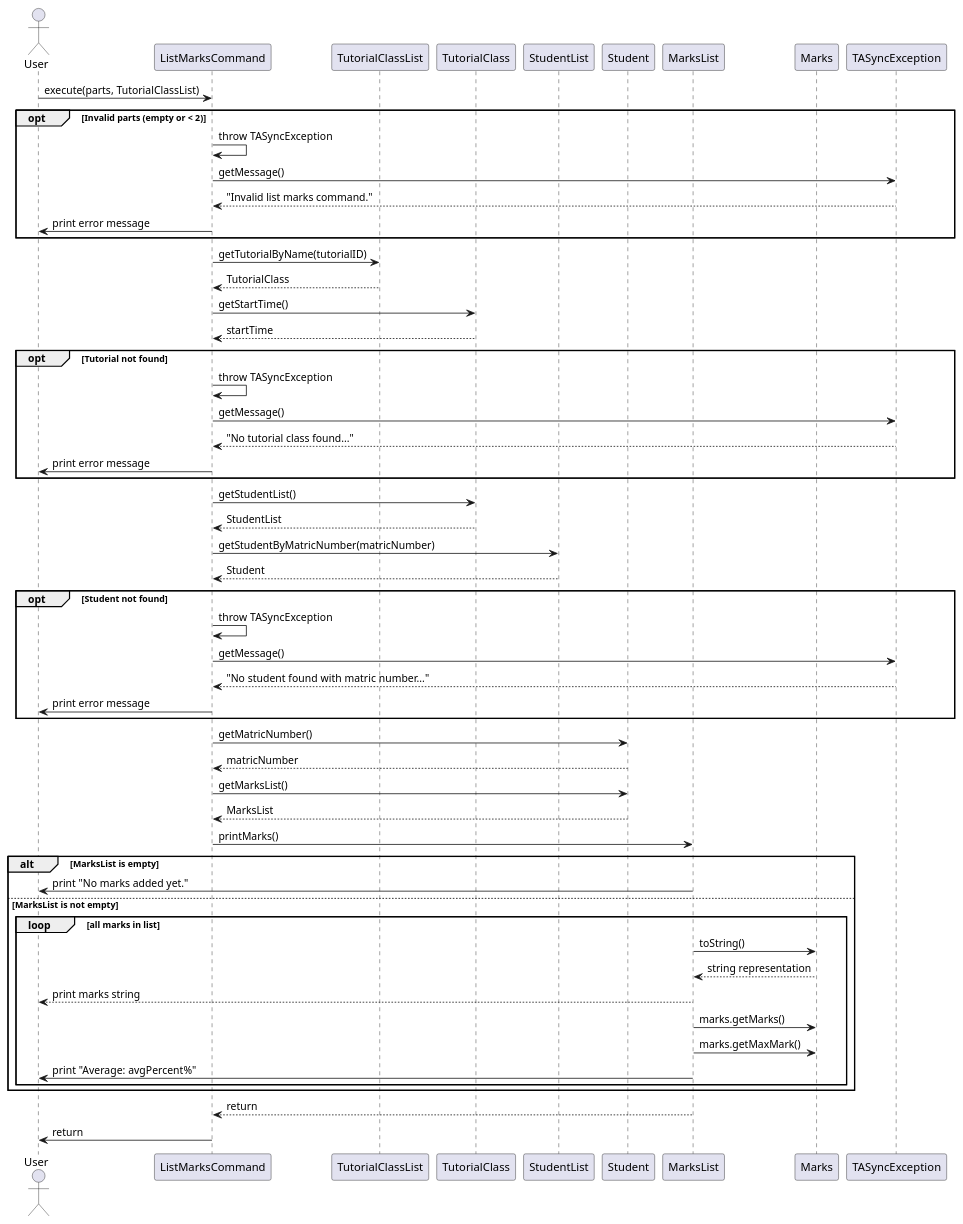
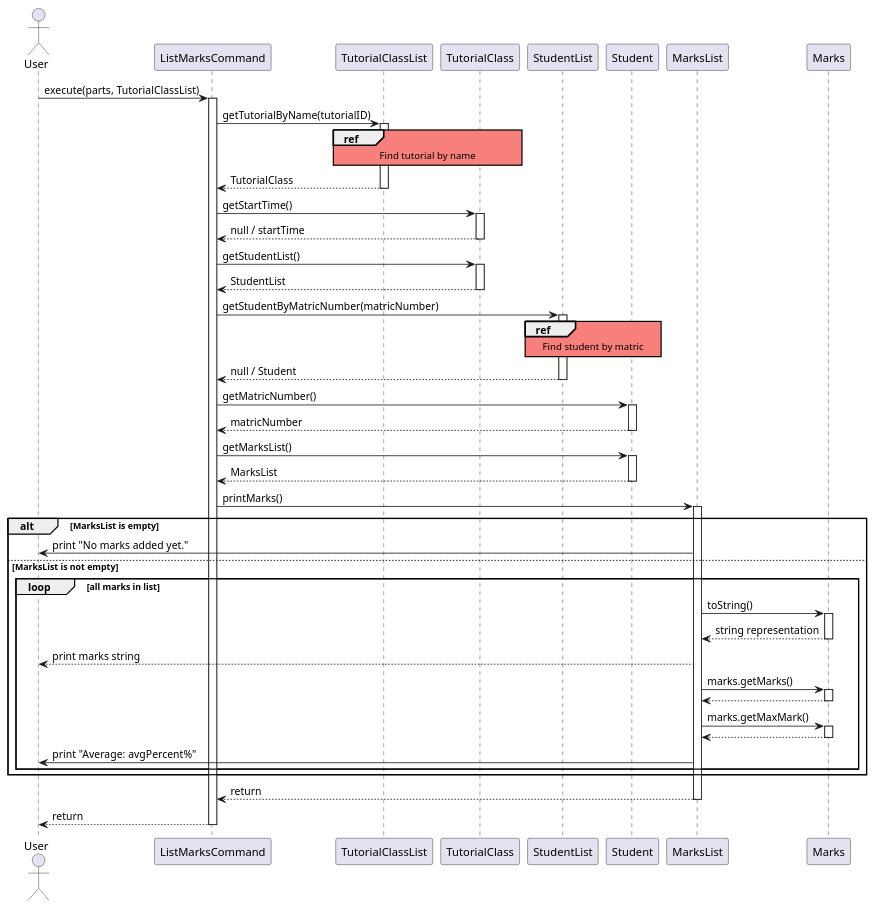
Before and after one commit to wongyihao02/tp: the diagram in docs/diagrams/markslistcommands/ListMarksCommand.puml, drawn with PlantUML. The commit also changed 12 other files, not shown here.

Commit message:
Fix sequence diagram bugs for marks commands.

```diff
--- a/docs/diagrams/markslistcommands/ListMarksCommand.puml
+++ b/docs/diagrams/markslistcommands/ListMarksCommand.puml
@@ -1,70 +1,77 @@
 @startuml
 actor User
 participant "ListMarksCommand" as ListMarksCommand
 participant "TutorialClassList" as TutorialClassList
 participant "TutorialClass" as TutorialClass
 participant "StudentList" as StudentList
 participant "Student" as Student
 participant "MarksList" as MarksList
 participant "Marks" as Marks
-participant "TASyncException" as TASyncException
+
+skinparam sequenceReferenceBackgroundColor #f7807c
 
 User -> ListMarksCommand : execute(parts, TutorialClassList)
+activate ListMarksCommand
 
-opt Invalid parts (empty or < 2)
-    ListMarksCommand -> ListMarksCommand : throw TASyncException
-    ListMarksCommand -> TASyncException : getMessage()
-    TASyncException --> ListMarksCommand : "Invalid list marks command."
-    ListMarksCommand -> User : print error message
+ListMarksCommand -> TutorialClassList : getTutorialByName(tutorialID)
+activate TutorialClassList
+ref over TutorialClassList, TutorialClass : Find tutorial by name
+TutorialClassList --> ListMarksCommand : TutorialClass
+deactivate TutorialClassList
+
+ListMarksCommand -> TutorialClass : getStartTime()
+activate TutorialClass
+TutorialClass --> ListMarksCommand : null / startTime
+deactivate TutorialClass
+
+ListMarksCommand -> TutorialClass : getStudentList()
+activate TutorialClass
+TutorialClass --> ListMarksCommand : StudentList
+deactivate TutorialClass
+
+ListMarksCommand -> StudentList : getStudentByMatricNumber(matricNumber)
+activate StudentList
+ref over StudentList, Student : Find student by matric
+StudentList --> ListMarksCommand : null / Student
+deactivate StudentList
+
+ListMarksCommand -> Student : getMatricNumber()
+activate Student
+Student --> ListMarksCommand : matricNumber
+deactivate Student
+
+ListMarksCommand -> Student : getMarksList()
+activate Student
+Student --> ListMarksCommand : MarksList
+deactivate Student
+
+ListMarksCommand -> MarksList : printMarks()
+activate MarksList
+
+alt MarksList is empty
+    MarksList -> User : print "No marks added yet."
+else MarksList is not empty
+    loop all marks in list
+        MarksList -> Marks : toString()
+        activate Marks
+        Marks --> MarksList : string representation
+        deactivate Marks
+        MarksList --> User : print marks string
+        MarksList -> Marks : marks.getMarks()
+        activate Marks
+        Marks --> MarksList
+        deactivate Marks
+        MarksList -> Marks : marks.getMaxMark()
+        activate Marks
+        Marks --> MarksList
+        deactivate Marks
+        MarksList -> User : print "Average: avgPercent%"
+    end
 end
 
-ListMarksCommand -> TutorialClassList : getTutorialByName(tutorialID)
-TutorialClassList --> ListMarksCommand : TutorialClass
+MarksList --> ListMarksCommand : return
+deactivate MarksList
 
-ListMarksCommand -> TutorialClass : getStartTime()
-TutorialClass --> ListMarksCommand : startTime
-
-opt Tutorial not found
-    ListMarksCommand -> ListMarksCommand : throw TASyncException
-    ListMarksCommand -> TASyncException : getMessage()
-    TASyncException --> ListMarksCommand : "No tutorial class found..."
-    ListMarksCommand -> User : print error message
-end
-
-ListMarksCommand -> TutorialClass : getStudentList()
-TutorialClass --> ListMarksCommand : StudentList
-
-ListMarksCommand -> StudentList : getStudentByMatricNumber(matricNumber)
-StudentList --> ListMarksCommand : Student
-
-opt Student not found
-    ListMarksCommand -> ListMarksCommand : throw TASyncException
-    ListMarksCommand -> TASyncException : getMessage()
-    TASyncException --> ListMarksCommand : "No student found with matric number..."
-    ListMarksCommand -> User : print error message
-end
-
-ListMarksCommand -> Student : getMatricNumber()
-Student --> ListMarksCommand : matricNumber
-
-ListMarksCommand -> Student : getMarksList()
-Student --> ListMarksCommand : MarksList
-
-ListMarksCommand -> MarksList : printMarks()
-
-alt MarksList is empty
-      MarksList -> User: print "No marks added yet."
-else MarksList is not empty
-      loop all marks in list
-      MarksList -> Marks : toString()
-      Marks --> MarksList : string representation
-      MarksList --> User : print marks string
-      MarksList -> Marks : marks.getMarks()
-      MarksList -> Marks : marks.getMaxMark()
-      MarksList -> User : print "Average: avgPercent%"
-      end
-  end
-  MarksList --> ListMarksCommand : return
-
-ListMarksCommand -> User : return
+ListMarksCommand --> User : return
+deactivate ListMarksCommand
 @enduml
```
